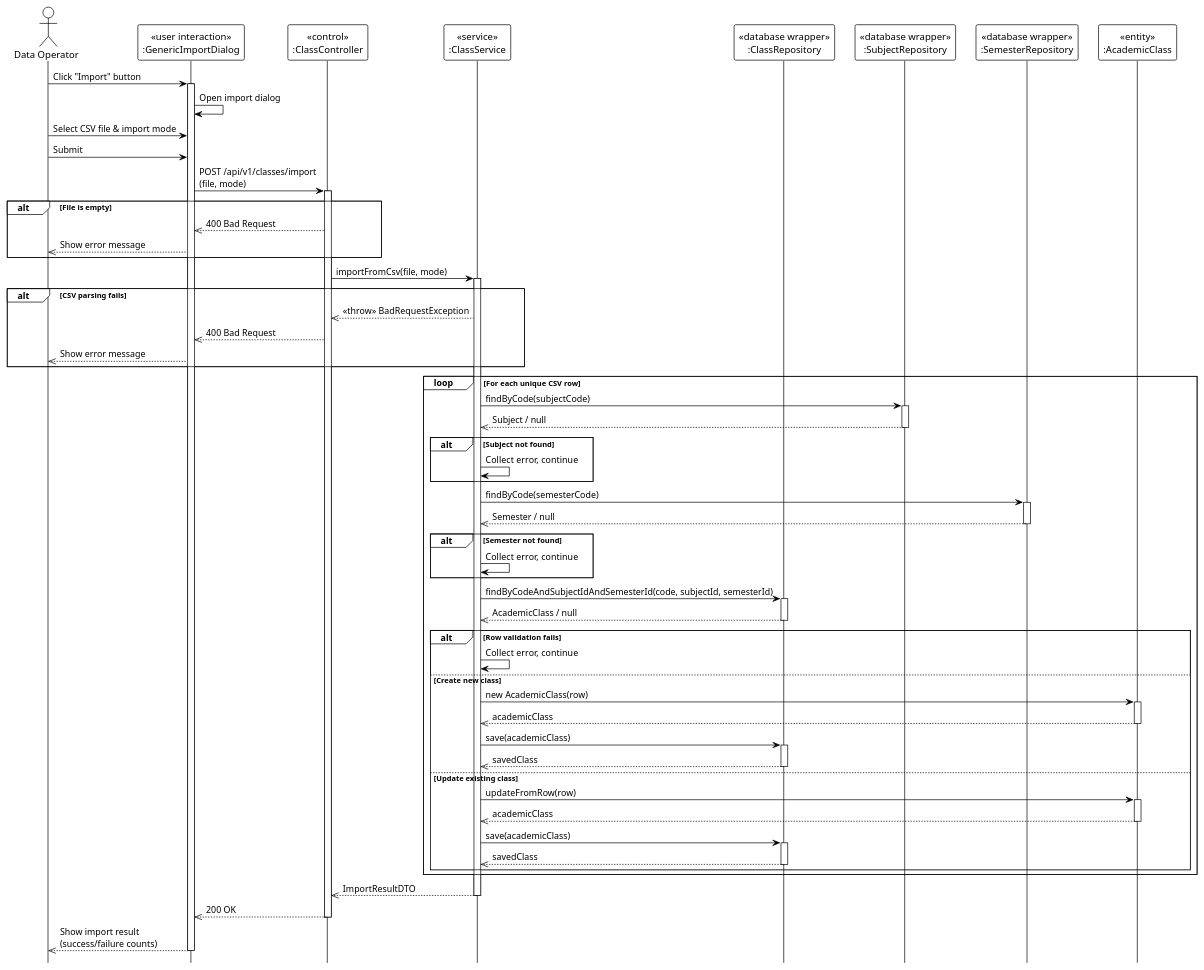
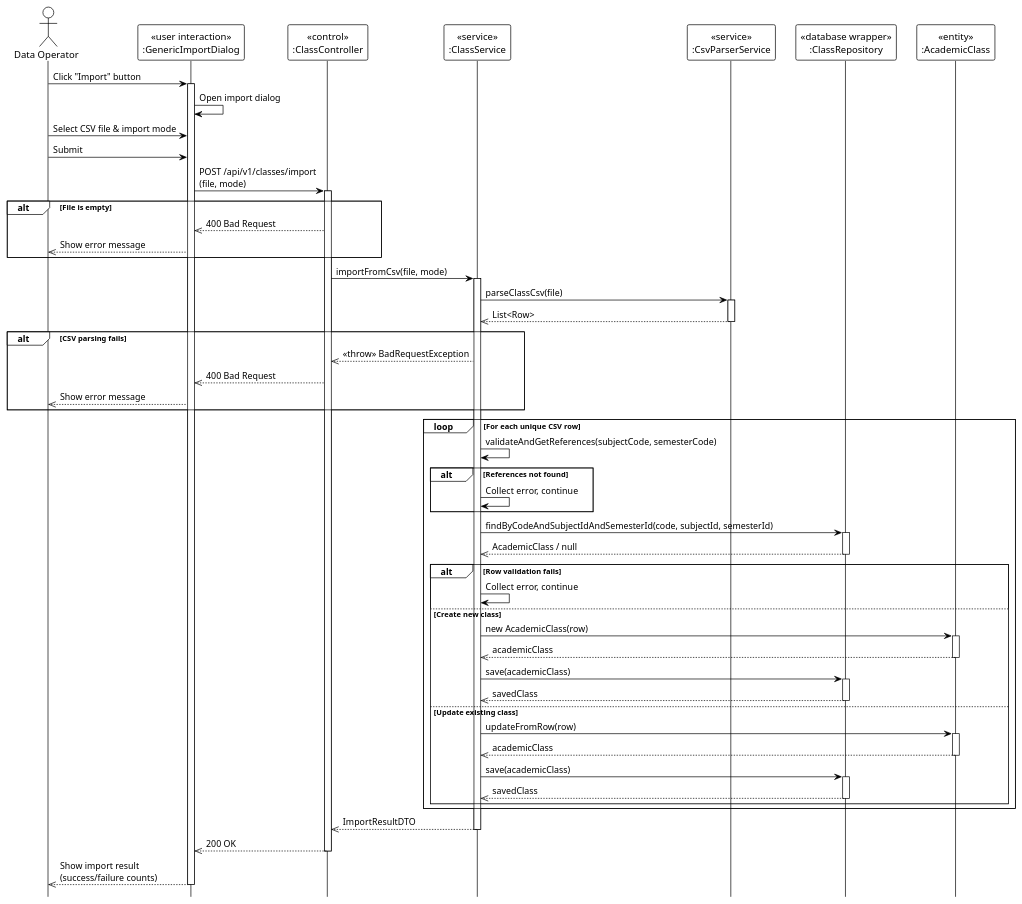
The diagram in system_detailed_design/28_import_csv_class/sequence_diagram_import_csv_class.puml (Ndh474/context), drawn with PlantUML before and after one commit. The commit also changed 12 other files, not shown here.

Commit message:
docs: Add detailed design sequence diagrams for slot, class, and subject management operations.

```diff
--- a/system_detailed_design/28_import_csv_class/sequence_diagram_import_csv_class.puml
+++ b/system_detailed_design/28_import_csv_class/sequence_diagram_import_csv_class.puml
@@ -1,103 +1,94 @@
 @startuml import_csv_class
 !theme plain
 hide footbox
 
 actor "Data Operator" as DataOperator
 
 participant "«user interaction»\n:GenericImportDialog" as UI
 participant "«control»\n:ClassController" as Controller
 participant "«service»\n:ClassService" as Service
+participant "«service»\n:CsvParserService" as CsvParser
 participant "«database wrapper»\n:ClassRepository" as Repository
-participant "«database wrapper»\n:SubjectRepository" as SubjectRepository
-participant "«database wrapper»\n:SemesterRepository" as SemesterRepository
 participant "«entity»\n:AcademicClass" as Entity
 
 ' === MAIN FLOW ===
 DataOperator -> UI: Click "Import" button
 activate UI
 
 UI -> UI: Open import dialog
 
 DataOperator -> UI: Select CSV file & import mode
 
 DataOperator -> UI: Submit
 UI -> Controller: POST /api/v1/classes/import\n(file, mode)
 activate Controller
 
 alt File is empty
     Controller -->> UI: 400 Bad Request
     UI -->> DataOperator: Show error message
 end
 
 Controller -> Service: importFromCsv(file, mode)
 activate Service
 
 ' === PARSE CSV ===
+Service -> CsvParser: parseClassCsv(file)
+activate CsvParser
+CsvParser -->> Service: List<Row>
+deactivate CsvParser
+
 alt CSV parsing fails
     Service -->> Controller: <<throw>> BadRequestException
     Controller -->> UI: 400 Bad Request
     UI -->> DataOperator: Show error message
 end
 
 ' === BATCH PROCESSING ===
 loop For each unique CSV row
-    ' === LOOKUP SUBJECT BY CODE ===
-    Service -> SubjectRepository: findByCode(subjectCode)
-    activate SubjectRepository
-    SubjectRepository -->> Service: Subject / null
-    deactivate SubjectRepository
-
-    alt Subject not found
-        Service -> Service: Collect error, continue
-    end
-
-    ' === LOOKUP SEMESTER BY CODE ===
-    Service -> SemesterRepository: findByCode(semesterCode)
-    activate SemesterRepository
-    SemesterRepository -->> Service: Semester / null
-    deactivate SemesterRepository
-
-    alt Semester not found
+    ' === LOOKUP REFERENCES (Internal) ===
+    Service -> Service: validateAndGetReferences(subjectCode, semesterCode)
+    
+    alt References not found
         Service -> Service: Collect error, continue
     end
 
     Service -> Repository: findByCodeAndSubjectIdAndSemesterId(code, subjectId, semesterId)
     activate Repository
     Repository -->> Service: AcademicClass / null
     deactivate Repository
 
     alt Row validation fails
         Service -> Service: Collect error, continue
     else Create new class
         Service -> Entity: new AcademicClass(row)
         activate Entity
         Entity -->> Service: academicClass
         deactivate Entity
 
         Service -> Repository: save(academicClass)
         activate Repository
         Repository -->> Service: savedClass
         deactivate Repository
     else Update existing class
         Service -> Entity: updateFromRow(row)
         activate Entity
         Entity -->> Service: academicClass
         deactivate Entity
 
         Service -> Repository: save(academicClass)
         activate Repository
         Repository -->> Service: savedClass
         deactivate Repository
     end
 end
 
 Service -->> Controller: ImportResultDTO
 deactivate Service
 
 Controller -->> UI: 200 OK
 deactivate Controller
 
 UI -->> DataOperator: Show import result\n(success/failure counts)
 deactivate UI
 
 @enduml
```
